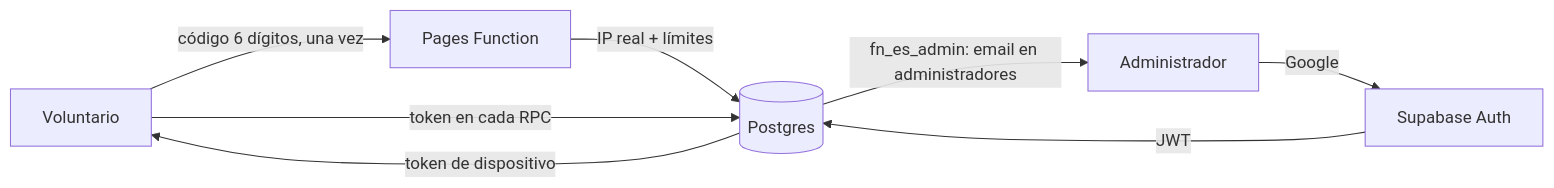
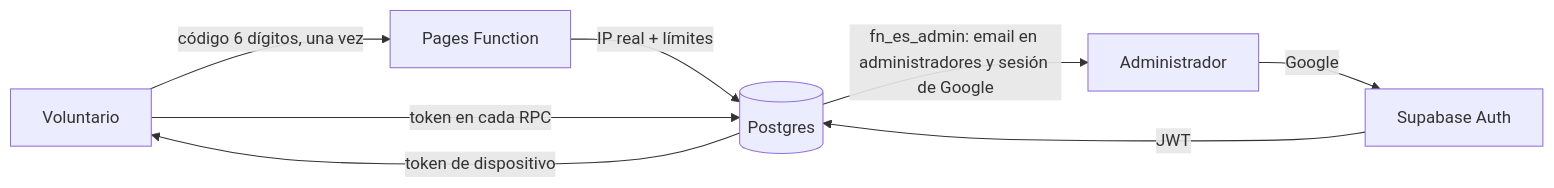
One commit to aron285-coder/hidrantes-albolote changed the diagram in docs/11-seguridad-y-privacidad.md. Above: the diagram before and after it, drawn with Mermaid. The commit also changed other lines of this file and 26 other files, not shown here.

First line of the commit message:
fix(seguridad): jefatura exige una sesión de Google, no solo el correo del JWT (#247)

````diff
--- a/docs/11-seguridad-y-privacidad.md
+++ b/docs/11-seguridad-y-privacidad.md
@@ -32,10 +32,10 @@
 ```mermaid
 flowchart LR
   V[Voluntario] -- código 6 dígitos, una vez --> PF[Pages Function]
   PF -- IP real + límites --> DB[(Postgres)]
   DB -- token de dispositivo --> V
   V -- token en cada RPC --> DB
   A[Administrador] -- Google --> AU[Supabase Auth]
   AU -- JWT --> DB
-  DB -- fn_es_admin: email en administradores --> A
+  DB -- fn_es_admin: email en administradores y sesión de Google --> A
 ```
````
